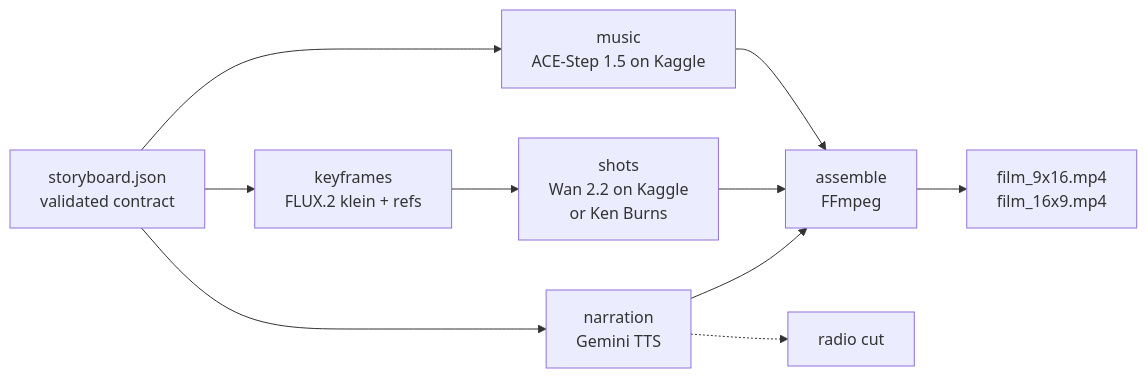
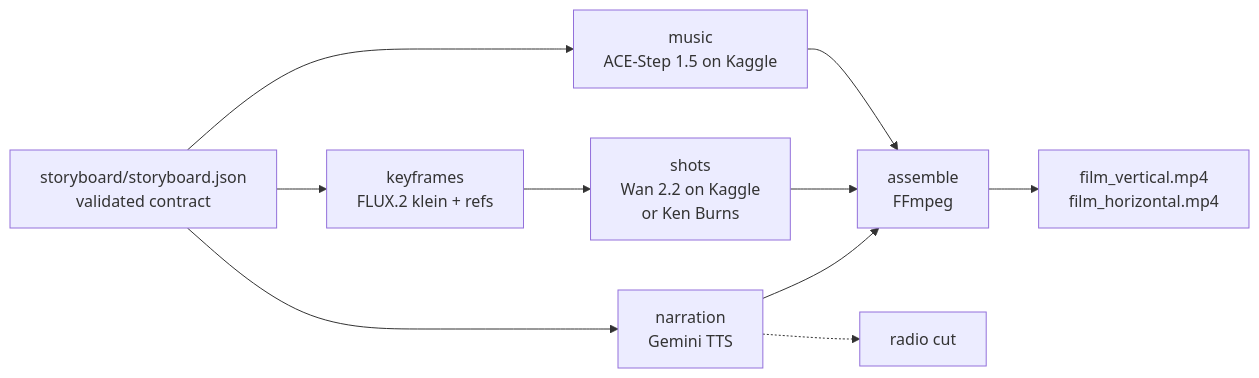
One commit to Chilenew/mom-helper-content-generation-model changed the diagram in README.md. Above: the diagram before and after it, drawn with Mermaid. The commit also changed other lines of this file and 253 other files, not shown here.

````diff
--- a/README.md
+++ b/README.md
@@ -33,12 +33,12 @@
 ```mermaid
 flowchart LR
-    SB[storyboard.json<br/>validated contract] --> N[narration<br/>Gemini TTS]
+    SB[storyboard/storyboard.json<br/>validated contract] --> N[narration<br/>Gemini TTS]
     SB --> K[keyframes<br/>FLUX.2 klein + refs]
     K --> S[shots<br/>Wan 2.2 on Kaggle<br/>or Ken Burns]
     SB --> M[music<br/>ACE-Step 1.5 on Kaggle]
     N --> A[assemble<br/>FFmpeg]
     S --> A
     M --> A
-    A --> F[film_9x16.mp4<br/>film_16x9.mp4]
+    A --> F[film_vertical.mp4<br/>film_horizontal.mp4]
     N -.-> R[radio cut]
 ```
````
